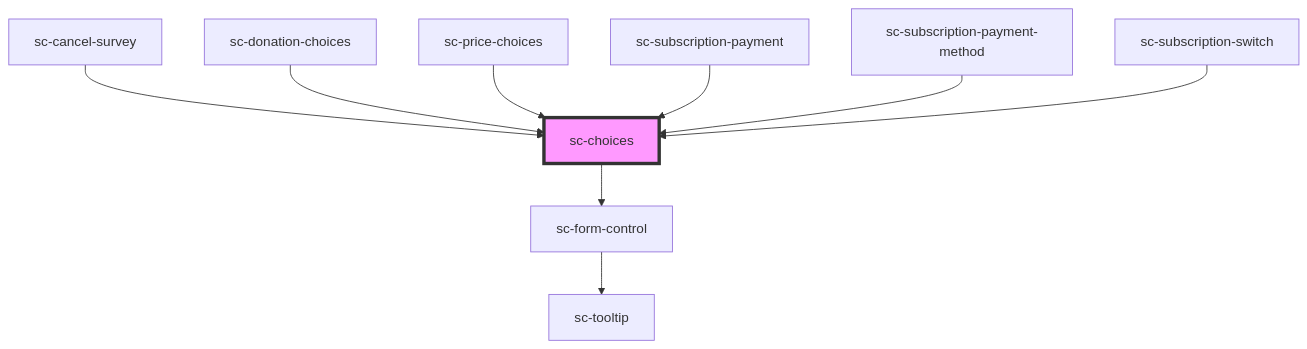
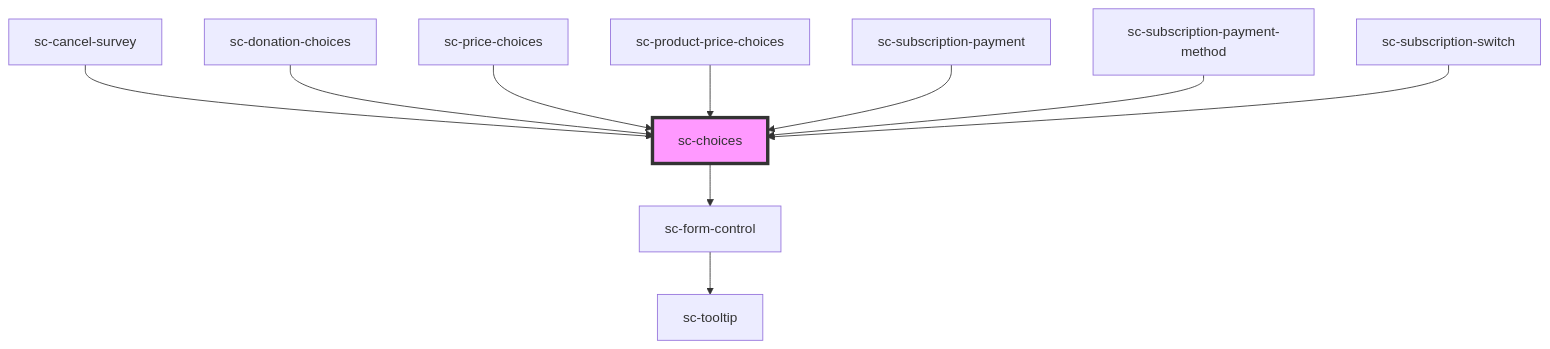
Before and after one commit to surecart/surecart-wp-plugin: the diagram in packages/components/src/components/ui/choices/readme.md, drawn with Mermaid. The commit also changed other lines of this file and 53 other files, not shown here.

````diff
--- a/packages/components/src/components/ui/choices/readme.md
+++ b/packages/components/src/components/ui/choices/readme.md
@@ -63,12 +64,13 @@
 ```mermaid
 graph TD;
   sc-choices --> sc-form-control
   sc-form-control --> sc-tooltip
   sc-cancel-survey --> sc-choices
   sc-donation-choices --> sc-choices
   sc-price-choices --> sc-choices
+  sc-product-price-choices --> sc-choices
   sc-subscription-payment --> sc-choices
   sc-subscription-payment-method --> sc-choices
   sc-subscription-switch --> sc-choices
   style sc-choices fill:#f9f,stroke:#333,stroke-width:4px
 ```
````
